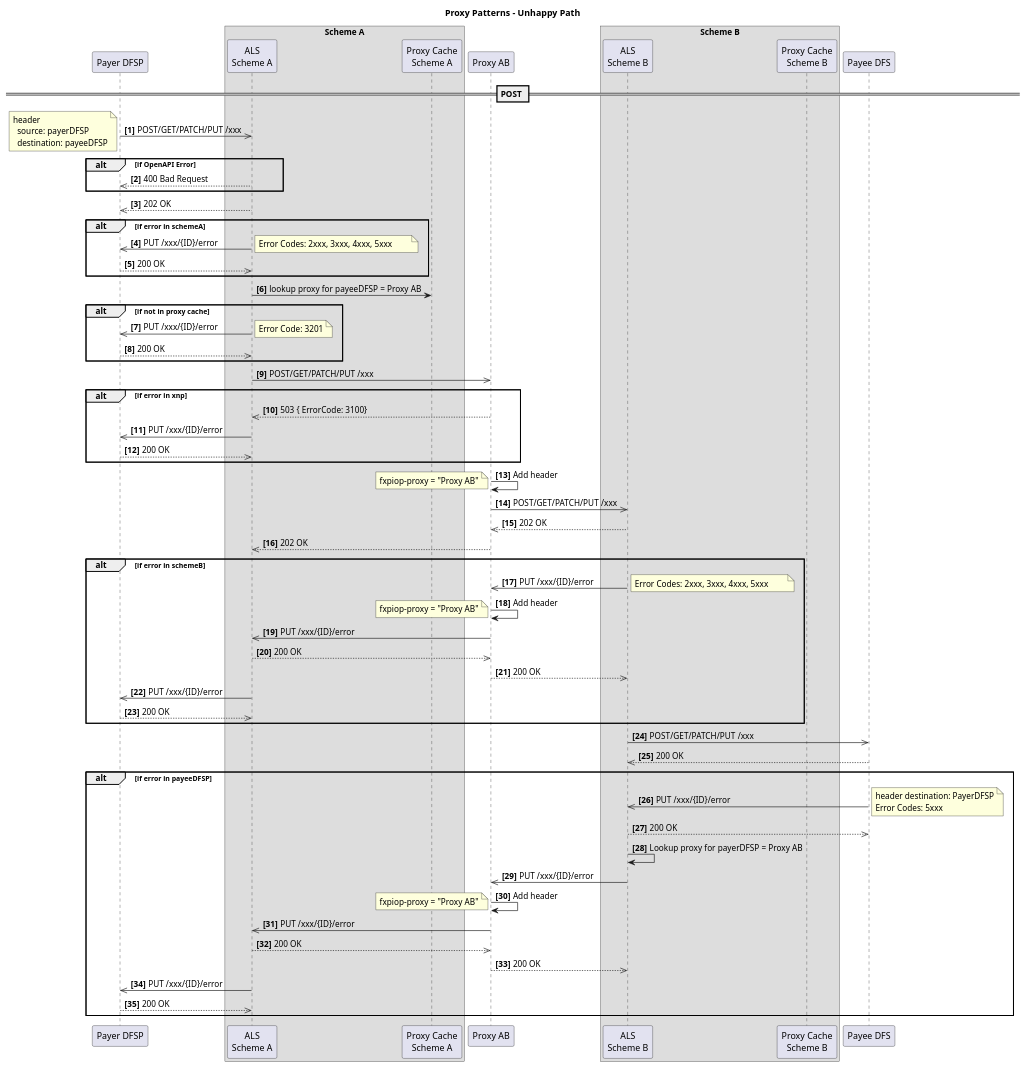
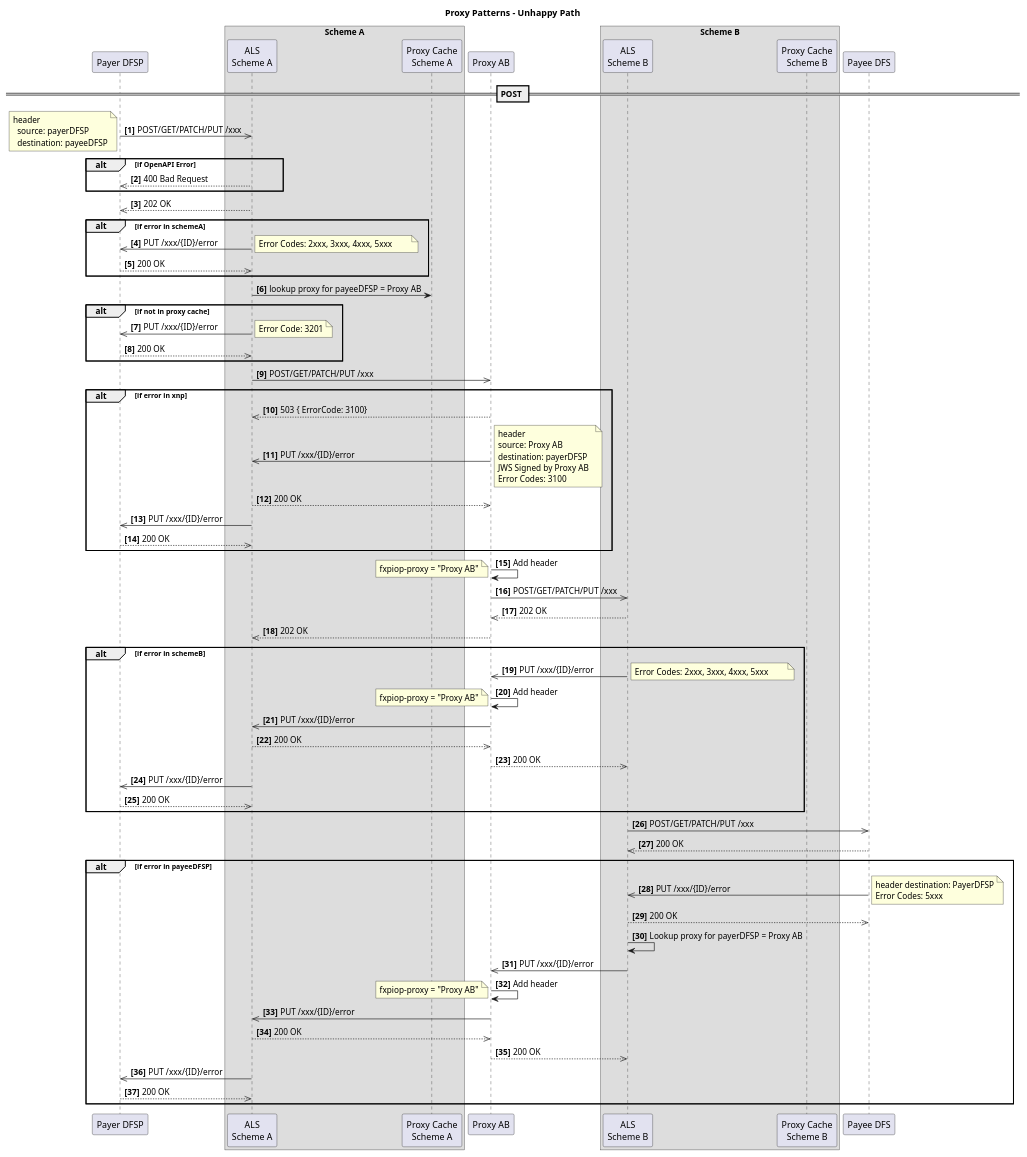
The diagram in Design/Proxy pattern - Unhappy path.plantuml (mojaloop/ml-inter-scheme-docs), drawn with PlantUML before and after one commit. The commit also changed 5 other files, not shown here.

```diff
--- a/Design/Proxy pattern - Unhappy path.plantuml
+++ b/Design/Proxy pattern - Unhappy path.plantuml
@@ -1,114 +1,114 @@
 @startuml
 
 title Proxy Patterns - Unhappy Path 
 
 participant "Payer DFSP" as payerDFSP
 box "Scheme A"
     participant "ALS\nScheme A" as schemeA
     participant "Proxy Cache\nScheme A" as pc_A
 end box
 participant "Proxy AB" as xnp
 box "Scheme B"
     participant "ALS\nScheme B" as schemeB
     participant "Proxy Cache\nScheme B" as pc_B
 end box
 participant "Payee DFS" as payeeDFSP
 
 autonumber 1 "<b>[0]"
 
 == POST ==
 payerDFSP ->> schemeA: POST/GET/PATCH/PUT /xxx
 note left
 header 
   source: payerDFSP
   destination: payeeDFSP
 end note
 
 alt if OpenAPI Error 
     schemeA -->> payerDFSP: 400 Bad Request
 end
 schemeA-->>payerDFSP: 202 OK
 
     alt if error in schemeA
         schemeA ->> payerDFSP: PUT /xxx/{ID}/error
         note right
         Error Codes: 2xxx, 3xxx, 4xxx, 5xxx        
         end note
         payerDFSP -->> schemeA: 200 OK
     end
 
     schemeA -> pc_A: lookup proxy for payeeDFSP = Proxy AB
     alt if not in proxy cache
         schemeA ->> payerDFSP: PUT /xxx/{ID}/error
         note right
         Error Code: 3201
         end note
         payerDFSP -->> schemeA: 200 OK
     end
     schemeA ->> xnp: POST/GET/PATCH/PUT /xxx
     
     alt if error in xnp
       xnp -->> schemeA: 503 { ErrorCode: 3100}
 
-'        xnp ->> schemeA: PUT /xxx/{ID}/error
-'        note right
-'        header 
-'        source: Proxy AB
-'        destination: payerDFSP
-'        JWS Signed by Proxy AB  
-'        Error Codes: 3100
-'        end note
-'        schemeA -->> xnp: 200 OK
+        xnp ->> schemeA: PUT /xxx/{ID}/error
+        note right
+        header 
+        source: Proxy AB
+        destination: payerDFSP
+        JWS Signed by Proxy AB  
+        Error Codes: 3100
+        end note
+        schemeA -->> xnp: 200 OK
         schemeA ->> payerDFSP: PUT /xxx/{ID}/error
         payerDFSP -->> schemeA: 200 OK
     end
     
     xnp->xnp: Add header
     note left
     fxpiop-proxy = "Proxy AB"
     end note
 
     xnp ->> schemeB: POST/GET/PATCH/PUT /xxx
     schemeB -->> xnp: 202 OK
     xnp -->> schemeA: 202 OK
     
     alt if error in schemeB
         schemeB ->> xnp: PUT /xxx/{ID}/error
         note right
         Error Codes: 2xxx, 3xxx, 4xxx, 5xxx        
         end note
         xnp->xnp: Add header
         note left
         fxpiop-proxy = "Proxy AB"
         end note
         xnp ->> schemeA: PUT /xxx/{ID}/error
         schemeA -->> xnp: 200 OK
         xnp -->> schemeB: 200 OK
         schemeA ->> payerDFSP: PUT /xxx/{ID}/error
         payerDFSP -->> schemeA: 200 OK
     end
     
     schemeB ->> payeeDFSP: POST/GET/PATCH/PUT /xxx
     payeeDFSP -->> schemeB: 200 OK
     
     alt if error in payeeDFSP
         payeeDFSP->> schemeB: PUT /xxx/{ID}/error
         note right
         header destination: PayerDFSP
         Error Codes: 5xxx
         end note
         schemeB -->> payeeDFSP: 200 OK
         schemeB -> schemeB: Lookup proxy for payerDFSP = Proxy AB
         schemeB ->> xnp: PUT /xxx/{ID}/error
         xnp->xnp: Add header
         note left
         fxpiop-proxy = "Proxy AB"
         end note
         xnp ->> schemeA: PUT /xxx/{ID}/error
         schemeA -->> xnp: 200 OK
         xnp -->> schemeB: 200 OK
         schemeA ->> payerDFSP: PUT /xxx/{ID}/error
         payerDFSP -->> schemeA: 200 OK
     end
 
 @enduml
```
